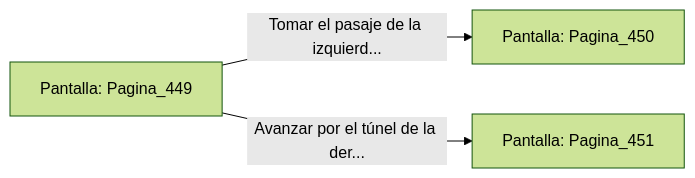
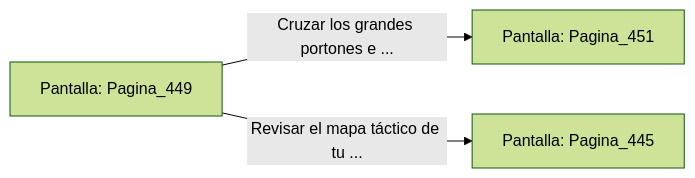
Before and after one commit to metsuke/mpl: the diagram in sample/eligejuego-vault/Pantalla_Pagina_449.md, drawn with Mermaid (forest theme). The commit also changed other lines of this file and 635 other files, not shown here.

First line of the commit message:
fix: añadir Pagina_1 como pantalla inicial en capitulo_01.mpl

````diff
--- a/sample/eligejuego-vault/Pantalla_Pagina_449.md
+++ b/sample/eligejuego-vault/Pantalla_Pagina_449.md
@@ -20,6 +24,6 @@
 ```mermaid
 graph LR
     P_Pagina_449["Pantalla: Pagina_449"]
-    P_Pagina_449 -->|"Tomar el pasaje de la izquierd..."| P_Pagina_450["Pantalla: Pagina_450"]
-    P_Pagina_449 -->|"Avanzar por el túnel de la der..."| P_Pagina_451["Pantalla: Pagina_451"]
+    P_Pagina_449 -->|"Cruzar los grandes portones e ..."| P_Pagina_451["Pantalla: Pagina_451"]
+    P_Pagina_449 -->|"Revisar el mapa táctico de tu ..."| P_Pagina_445["Pantalla: Pagina_445"]
 ```
````
